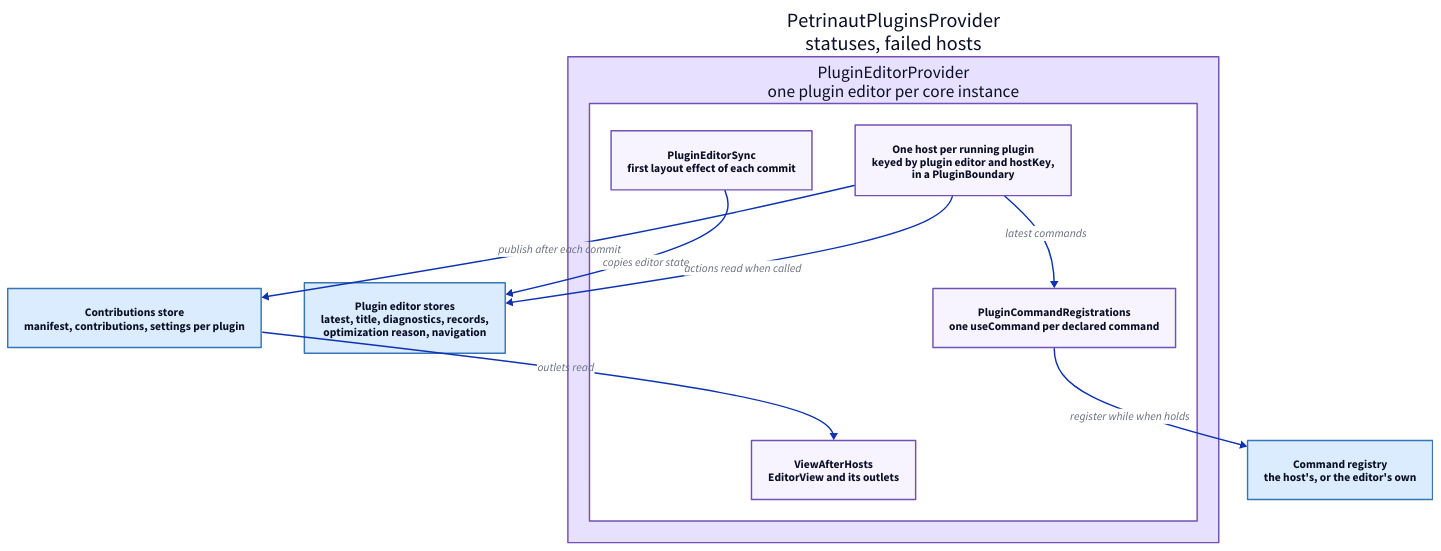
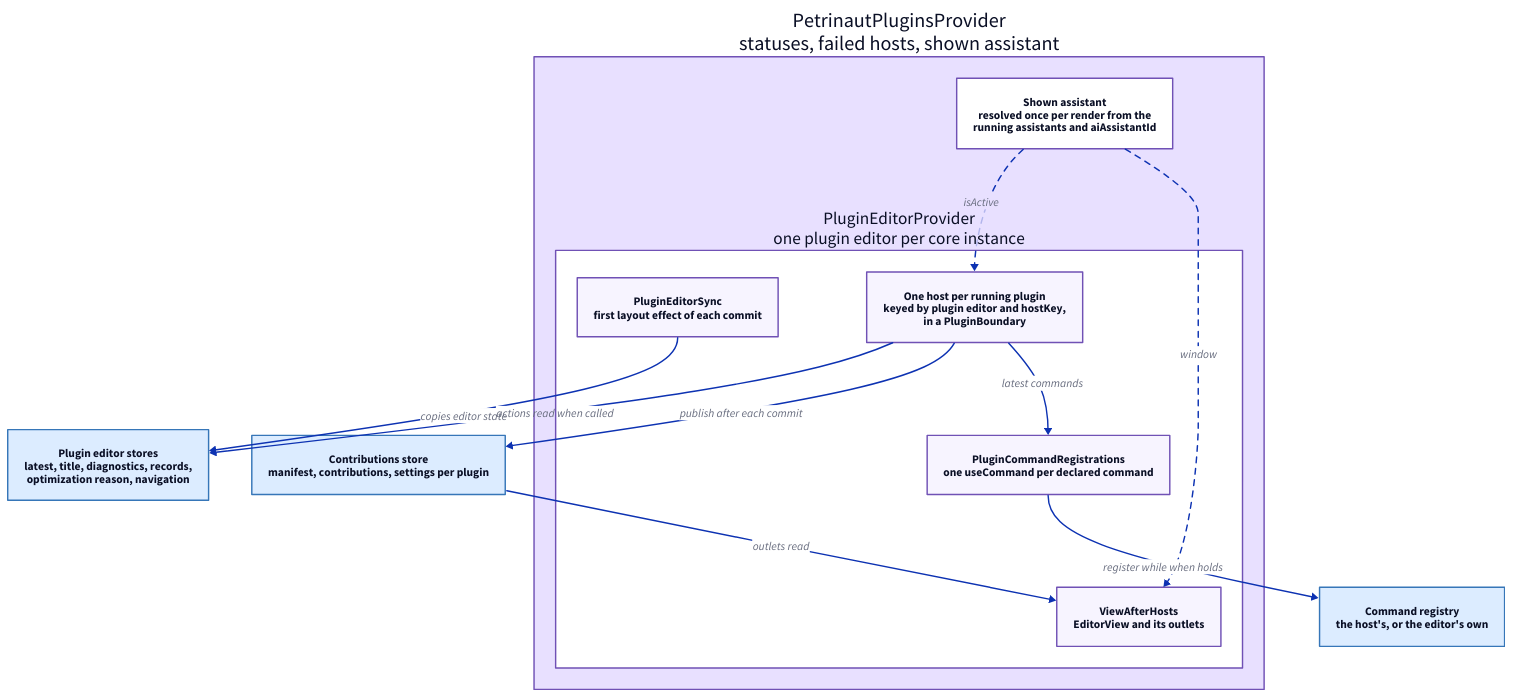
Before and after one commit to hashintel/hash: the diagram in libs/@local/petrinaut-arch-docs/content/diagrams/plugin-runtime.d2, drawn with D2. The commit also changed 59 other files, not shown here.

First line of the commit message:
Tidy assistant plugins

```diff
--- a/libs/@local/petrinaut-arch-docs/content/diagrams/plugin-runtime.d2
+++ b/libs/@local/petrinaut-arch-docs/content/diagrams/plugin-runtime.d2
@@ -1,28 +1,32 @@
 # Hand-written; rendered by the arch-docs build. React components use the
 # purple palette, core stores the blue `core` one.
 direction: down
 
-provider: "PetrinautPluginsProvider\nstatuses, failed hosts" {
+provider: "PetrinautPluginsProvider\nstatuses, failed hosts, shown assistant" {
   style.fill: "#e8e0ff"
   style.stroke: "#7051b5"
 
   editor: "PluginEditorProvider\none plugin editor per core instance" {
     style.fill: "#ffffff"
     style.stroke: "#7051b5"
     sync: "PluginEditorSync\nfirst layout effect of each commit" {style.fill: "#f7f4ff"; style.stroke: "#7051b5"}
     hosts: "One host per running plugin\nkeyed by plugin editor and hostKey,\nin a PluginBoundary" {style.fill: "#f7f4ff"; style.stroke: "#7051b5"}
     commands: "PluginCommandRegistrations\none useCommand per declared command" {style.fill: "#f7f4ff"; style.stroke: "#7051b5"}
     view: "ViewAfterHosts\nEditorView and its outlets" {style.fill: "#f7f4ff"; style.stroke: "#7051b5"}
   }
+
+  assistant: "Shown assistant\nresolved once per render from the\nrunning assistants and aiAssistantId" {style.fill: "#ffffff"; style.stroke: "#7051b5"}
 }
 
 stores: "Plugin editor stores\nlatest, title, diagnostics, records,\noptimization reason, navigation" {style.fill: "#dcecff"; style.stroke: "#3676b8"}
 contributions: "Contributions store\nmanifest, contributions, settings per plugin" {style.fill: "#dcecff"; style.stroke: "#3676b8"}
 registry: "Command registry\nthe host's, or the editor's own" {style.fill: "#dcecff"; style.stroke: "#3676b8"}
 
 provider.editor.sync -> stores: "copies editor state"
 provider.editor.hosts -> stores: "actions read when called"
 provider.editor.hosts -> contributions: "publish after each commit"
 contributions -> provider.editor.view: "outlets read"
 provider.editor.hosts -> provider.editor.commands: "latest commands"
 provider.editor.commands -> registry: "register while when holds"
+provider.assistant -> provider.editor.hosts: "isActive" {style.stroke-dash: 4}
+provider.assistant -> provider.editor.view: "window" {style.stroke-dash: 4}
```
